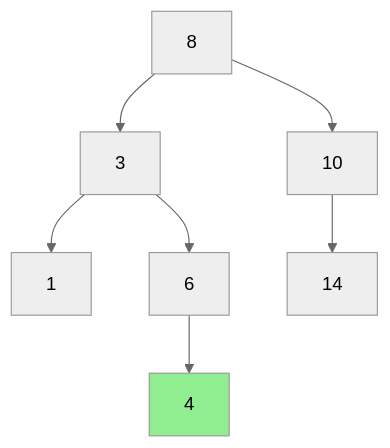
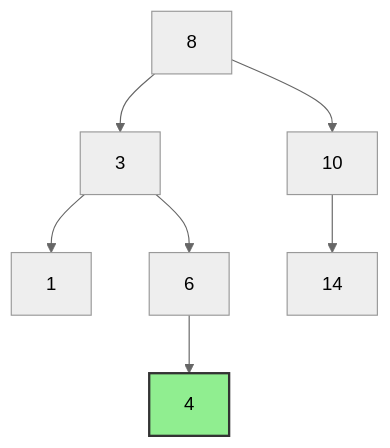
Diagram 14 of 43 in Year_2/Semester_3/DSA_DATA_STRUCTURES_ALGORITHMS/Lectures/Binary_Trees.md (PanagopoulosNikolaos/DitOpenNotes), drawn with Mermaid (neutral theme) before and after one commit. The commit also changed other lines of this file and 4 other files, not shown here.

````diff
--- a/Year_2/Semester_3/DSA_DATA_STRUCTURES_ALGORITHMS/Lectures/Binary_Trees.md
+++ b/Year_2/Semester_3/DSA_DATA_STRUCTURES_ALGORITHMS/Lectures/Binary_Trees.md
@@ -319,10 +319,10 @@
 ```mermaid
 graph TD
     A[8] --> B[3]
     A --> C[10]
     B --> D[1]
     B --> E[6]
     C --> F[14]
     E --> G[4]
-    style G fill:#90EE90
+    style G fill:#90EE90,stroke:#333,stroke-width:2px,color:black
 ```
````
